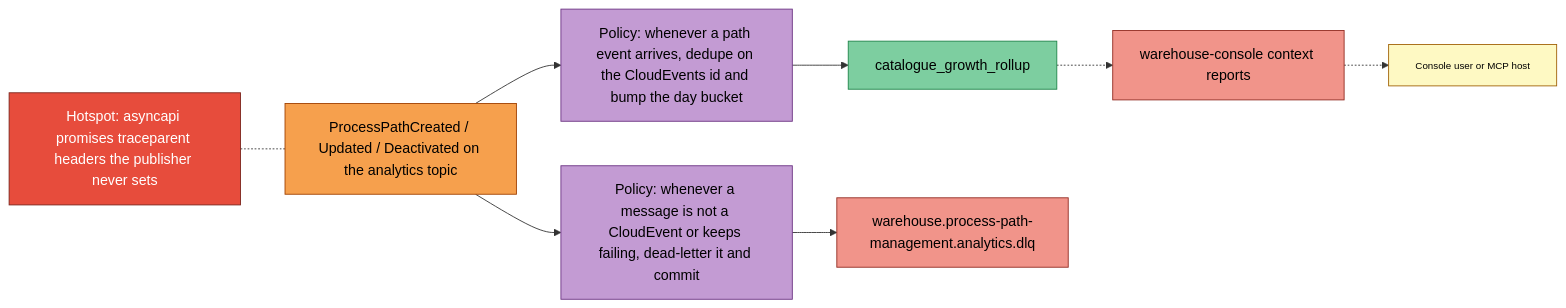
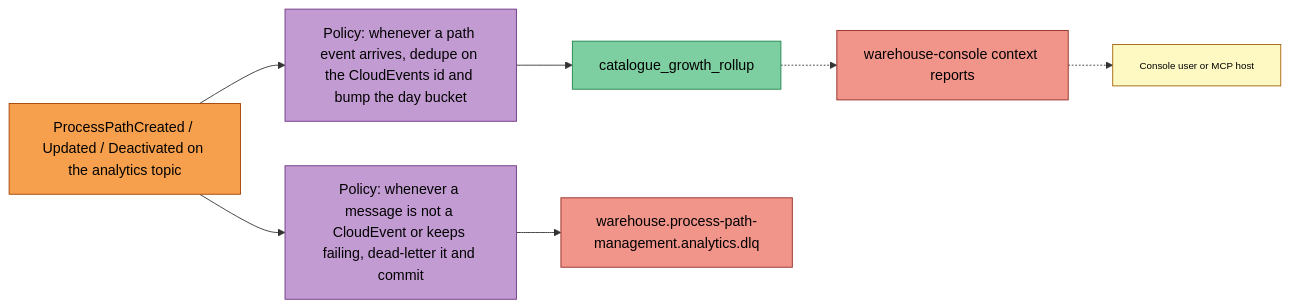
One commit to IQVO/warehouse-docs changed the fourth of 4 diagrams in docs/contexts/process-path-management/eventstorming.md. Above: the diagram before and after it, drawn with Mermaid. The commit also changed other lines of this file and 107 other files, not shown here.

````diff
--- a/docs/contexts/process-path-management/eventstorming.md
+++ b/docs/contexts/process-path-management/eventstorming.md
@@ -137,25 +140,23 @@
 ```mermaid
 flowchart LR
     E0["ProcessPathCreated / Updated / Deactivated on the analytics topic"]:::event
     P1["Policy: whenever a path event arrives, dedupe on the CloudEvents id and bump the day bucket"]:::policy
     RM1["catalogue_growth_rollup"]:::readmodel
     U["Console user or MCP host"]:::actor
     X1["warehouse-console context reports"]:::external
     P2["Policy: whenever a message is not a CloudEvent or keeps failing, dead-letter it and commit"]:::policy
     X2["warehouse.process-path-management.analytics.dlq"]:::external
-    H1["Hotspot: asyncapi promises traceparent headers the publisher never sets"]:::hotspot
 
     E0 --> P1 --> RM1
     E0 --> P2 --> X2
     RM1 -.-> X1 -.-> U
-    H1 -.- E0
 
     classDef actor fill:#fef9c3,stroke:#a16207,color:#000,font-size:11px
     classDef command fill:#4aa3df,stroke:#1f6391,color:#000
     classDef aggregate fill:#f7d84a,stroke:#9a7d0a,color:#000
     classDef event fill:#f6a04d,stroke:#a04000,color:#000
     classDef policy fill:#c39bd3,stroke:#6c3483,color:#000
     classDef readmodel fill:#7dcea0,stroke:#1e8449,color:#000
     classDef external fill:#f1948a,stroke:#922b21,color:#000
     classDef hotspot fill:#e74c3c,stroke:#7b241c,color:#fff
 ```
````
